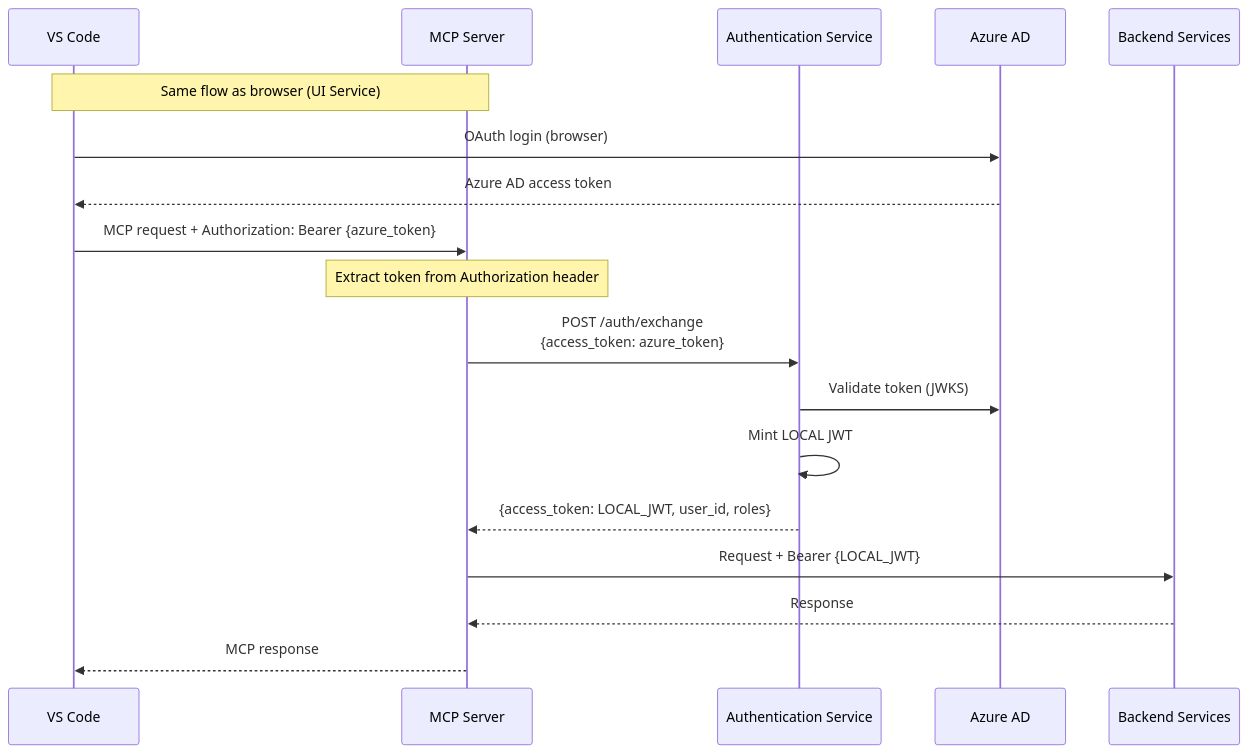
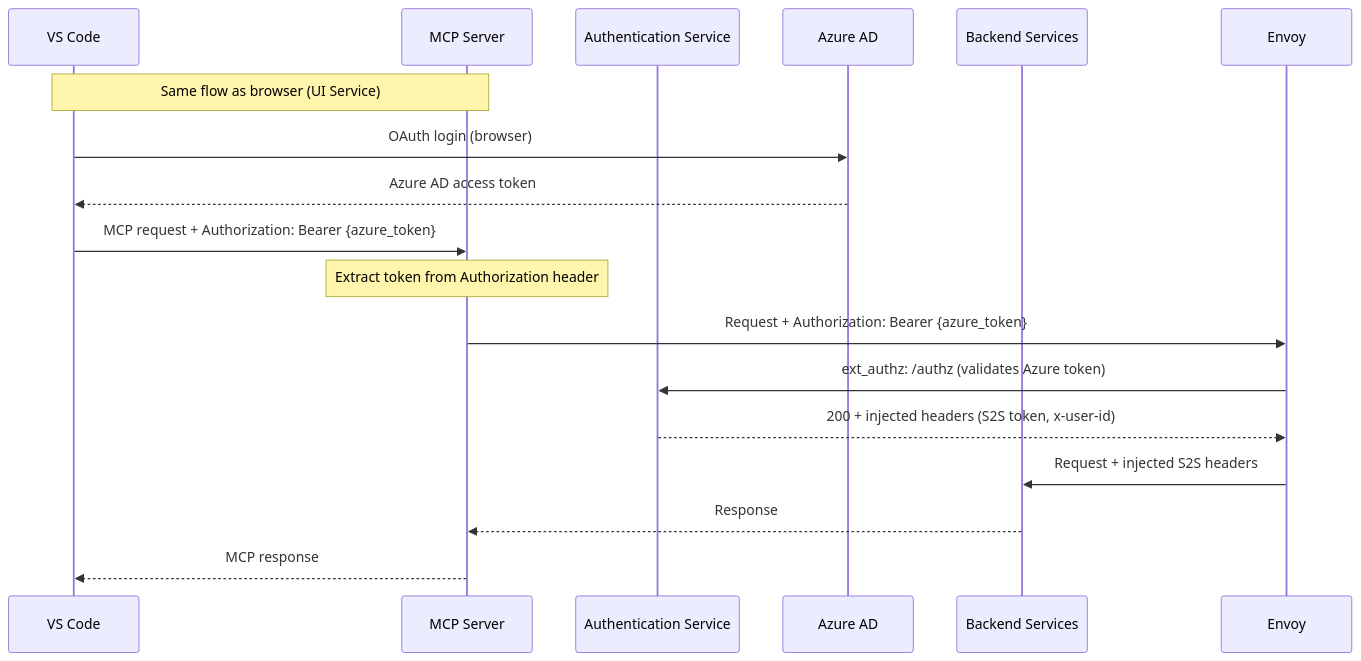
One commit to vladavilov/playground changed the third of 4 diagrams in git-epic-creator/services/neo4j_retrieval_mcp_server/README.md. Above: the diagram before and after it, drawn with Mermaid. The commit also changed other lines of this file and 321 other files, not shown here.

````diff
--- a/git-epic-creator/services/neo4j_retrieval_mcp_server/README.md
+++ b/git-epic-creator/services/neo4j_retrieval_mcp_server/README.md
@@ -146,23 +148,21 @@
 ```mermaid
 sequenceDiagram
     participant VSCode as VS Code
     participant MCP as MCP Server
     participant Auth as Authentication Service
     participant Azure as Azure AD
     participant Backend as Backend Services
 
     Note over VSCode,MCP: Same flow as browser (UI Service)
     VSCode->>Azure: OAuth login (browser)
     Azure-->>VSCode: Azure AD access token
     VSCode->>MCP: MCP request + Authorization: Bearer {azure_token}
     
     Note over MCP: Extract token from Authorization header
-    MCP->>Auth: POST /auth/exchange<br/>{access_token: azure_token}
-    Auth->>Azure: Validate token (JWKS)
-    Auth->>Auth: Mint LOCAL JWT
-    Auth-->>MCP: {access_token: LOCAL_JWT, user_id, roles}
-    
-    MCP->>Backend: Request + Bearer {LOCAL_JWT}
+    MCP->>Envoy: Request + Authorization: Bearer {azure_token}
+    Envoy->>Auth: ext_authz: /authz (validates Azure token)
+    Auth-->>Envoy: 200 + injected headers (S2S token, x-user-id)
+    Envoy->>Backend: Request + injected S2S headers
     Backend-->>MCP: Response
     MCP-->>VSCode: MCP response
 ```
````
